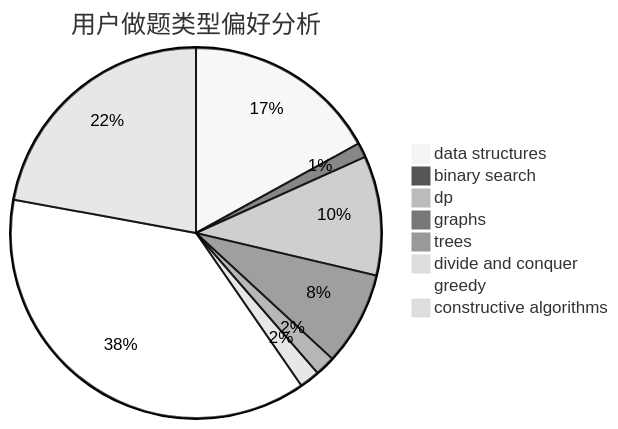
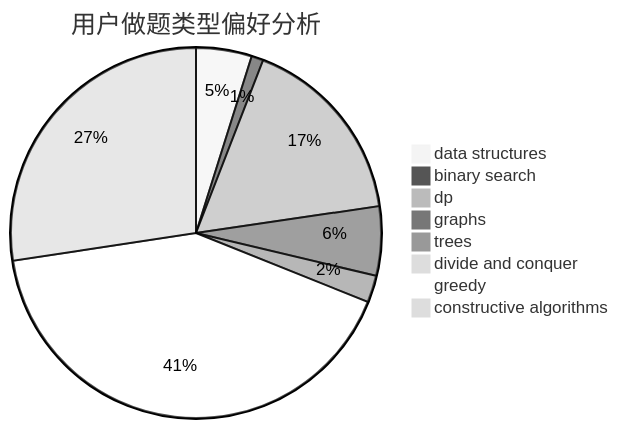
One commit to sherpahu/cfrs.github.io changed the second of 3 diagrams in docs/user/u1180.md. Above: the diagram before and after it, drawn with Mermaid (neutral theme). The commit also changed other lines of this file and 2770 other files, not shown here.

````diff
--- a/docs/user/u1180.md
+++ b/docs/user/u1180.md
@@ -23,11 +23,11 @@
 ```mermaid
 pie title 用户做题类型偏好分析
-    "data structures" :  106
-    "binary search" :  8
-    "dp" :  65
-    "graphs" :  51
-    "trees" :  11
-    "divide and conquer" :  11
-    "greedy" :  234
-    "constructive algorithms" :  138
+    "data structures" :  33
+    "binary search" :  7
+    "dp" :  114
+    "graphs" :  41
+    "trees" :  16
+    "divide and conquer" :  1
+    "greedy" :  282
+    "constructive algorithms" :  186
 ```
````
